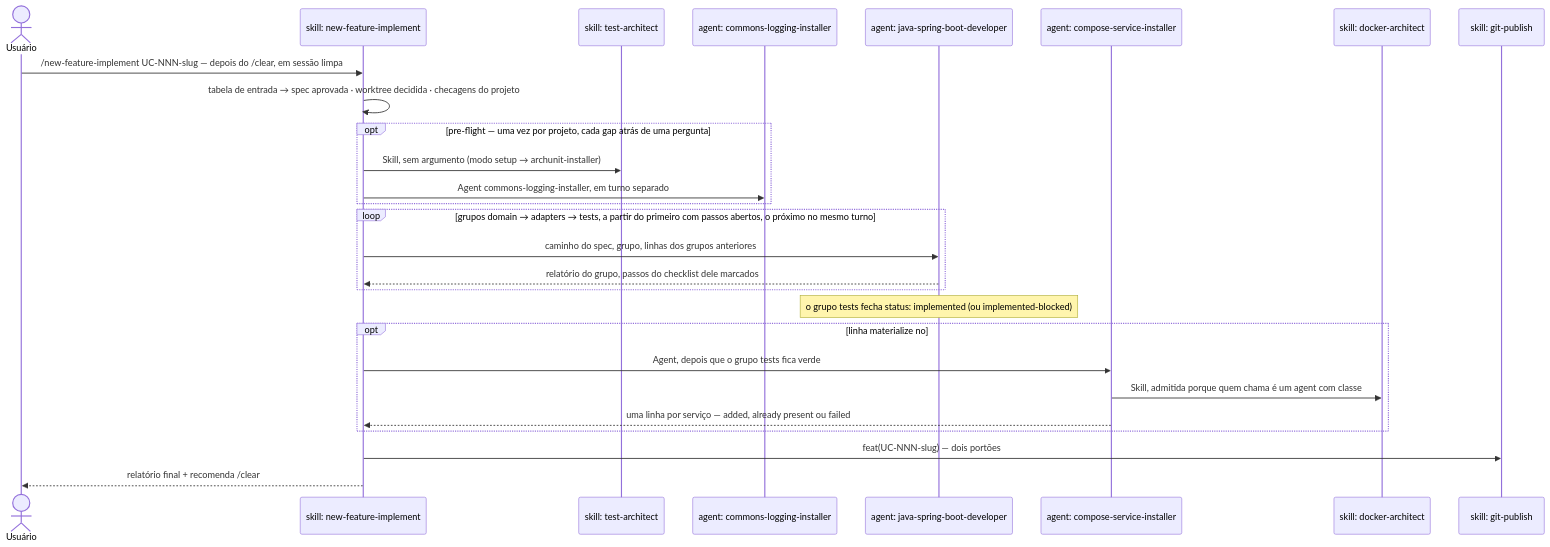
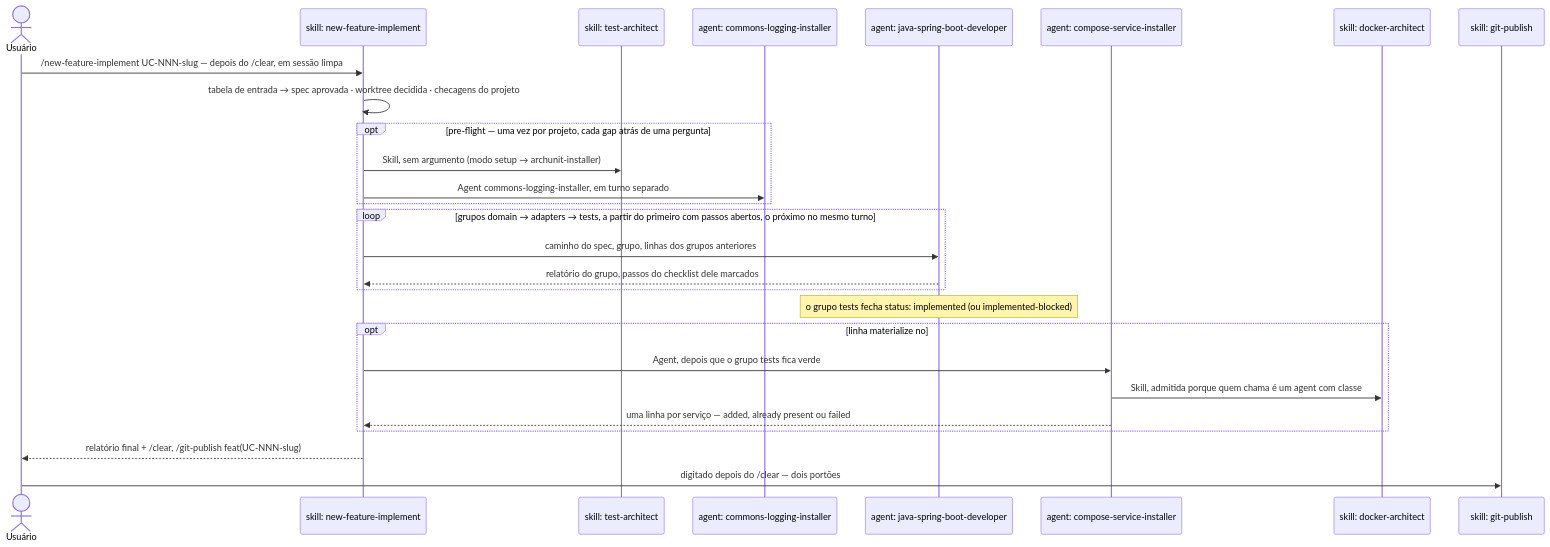
The second of 2 diagrams in docs/pt-br/03-new-feature.md (nerviz-ai/nerviz), drawn with Mermaid before and after one commit. The commit also changed other lines of this file and 16 other files, not shown here.

First line of the commit message:
fix: /new-feature and /new-feature-implement print /clear and the /git-publish line instead of invoking git-publish (0182)

````diff
--- a/docs/pt-br/03-new-feature.md
+++ b/docs/pt-br/03-new-feature.md
@@ -167,30 +168,30 @@
 ```mermaid
 sequenceDiagram
     actor U as Usuário
     participant NFI as skill: new-feature-implement
     participant TST as skill: test-architect
     participant LOG as agent: commons-logging-installer
     participant DEV as agent: java-spring-boot-developer
     participant CMP as agent: compose-service-installer
     participant DKR as skill: docker-architect
     participant GIT as skill: git-publish
 
     U->>NFI: /new-feature-implement UC-NNN-slug — depois do /clear, em sessão limpa
     NFI->>NFI: tabela de entrada → spec aprovada · worktree decidida · checagens do projeto
     opt pre-flight — uma vez por projeto, cada gap atrás de uma pergunta
         NFI->>TST: Skill, sem argumento (modo setup → archunit-installer)
         NFI->>LOG: Agent commons-logging-installer, em turno separado
     end
     loop grupos domain → adapters → tests, a partir do primeiro com passos abertos, o próximo no mesmo turno
         NFI->>DEV: caminho do spec, grupo, linhas dos grupos anteriores
         DEV-->>NFI: relatório do grupo, passos do checklist dele marcados
     end
     Note over DEV: o grupo tests fecha status: implemented (ou implemented-blocked)
     opt linha materialize no ## Infrastructure da spec
         NFI->>CMP: Agent, depois que o grupo tests fica verde
         CMP->>DKR: Skill, admitida porque quem chama é um agent com classe
         CMP-->>NFI: uma linha por serviço — added, already present ou failed
     end
-    NFI->>GIT: feat(UC-NNN-slug) — dois portões
-    NFI-->>U: relatório final + recomenda /clear
+    NFI-->>U: relatório final + /clear, /git-publish feat(UC-NNN-slug)
+    U->>GIT: digitado depois do /clear — dois portões
 ```
````
